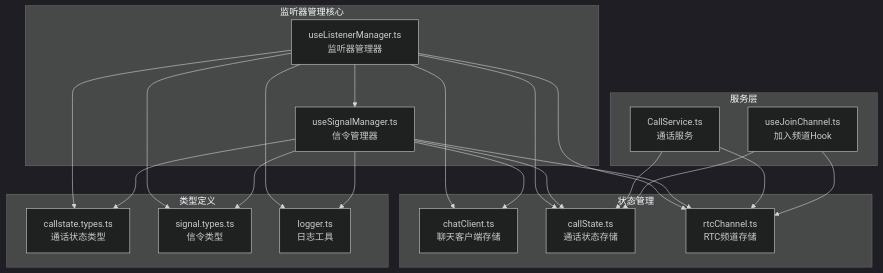
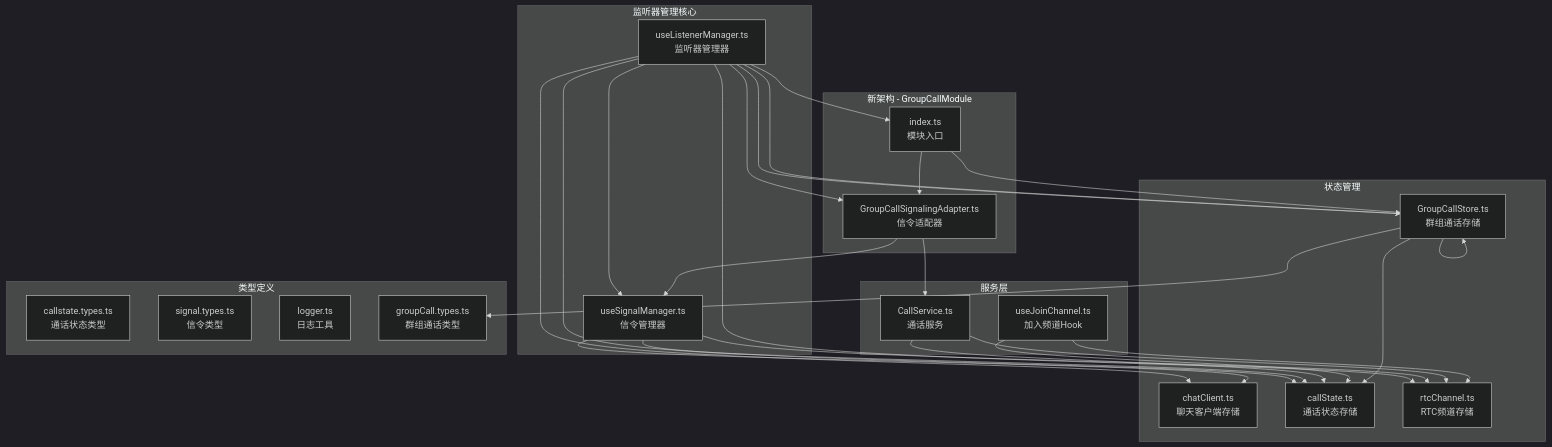
Before and after one commit to Easemob-Community/easemob-uikit-callkit-vue3: the first of 16 diagrams in .qoder/repowiki/zh/content/组合式 API/监听器管理 API.md, drawn with Mermaid (dark theme). The commit also changed other lines of this file and 54 other files, not shown here.

````diff
--- a/.qoder/repowiki/zh/content/组合式 API/监听器管理 API.md
+++ b/.qoder/repowiki/zh/content/组合式 API/监听器管理 API.md
@@ -53,38 +62,50 @@
 ```mermaid
 graph TB
 subgraph "监听器管理核心"
 LM[useListenerManager.ts<br/>监听器管理器]
 SM[useSignalManager.ts<br/>信令管理器]
 end
 subgraph "状态管理"
 CS[chatClient.ts<br/>聊天客户端存储]
 CL[callState.ts<br/>通话状态存储]
 RC[rtcChannel.ts<br/>RTC频道存储]
+GCS[globalCall.ts<br/>全局通话存储]
 end
 subgraph "服务层"
 CSvc[CallService.ts<br/>通话服务]
 JC[useJoinChannel.ts<br/>加入频道Hook]
 end
+subgraph "新架构 - GroupCallModule"
+GCI[index.ts<br/>模块入口]
+GCS[GroupCallStore.ts<br/>群组通话存储]
+GSA[GroupCallSignalingAdapter.ts<br/>信令适配器]
+end
 subgraph "类型定义"
 CT[callstate.types.ts<br/>通话状态类型]
 ST[signal.types.ts<br/>信令类型]
 LG[logger.ts<br/>日志工具]
+GT[groupCall.types.ts<br/>群组通话类型]
 end
 LM --> SM
 LM --> CS
 LM --> CL
 LM --> RC
+LM --> GCS
 SM --> CS
 SM --> CL
 SM --> RC
 CSvc --> CL
 CSvc --> RC
 JC --> CL
 JC --> RC
-LM --> CT
-LM --> ST
-SM --> CT
-SM --> ST
-LM --> LG
-SM --> LG
+LM --> GCI
+LM --> GCS
+LM --> GSA
+GCI --> GCS
+GCI --> GSA
+GSA --> CSvc
+GSA --> SM
+GCS --> CL
+GCS --> GCS
+GCS --> GT
 ```
````
